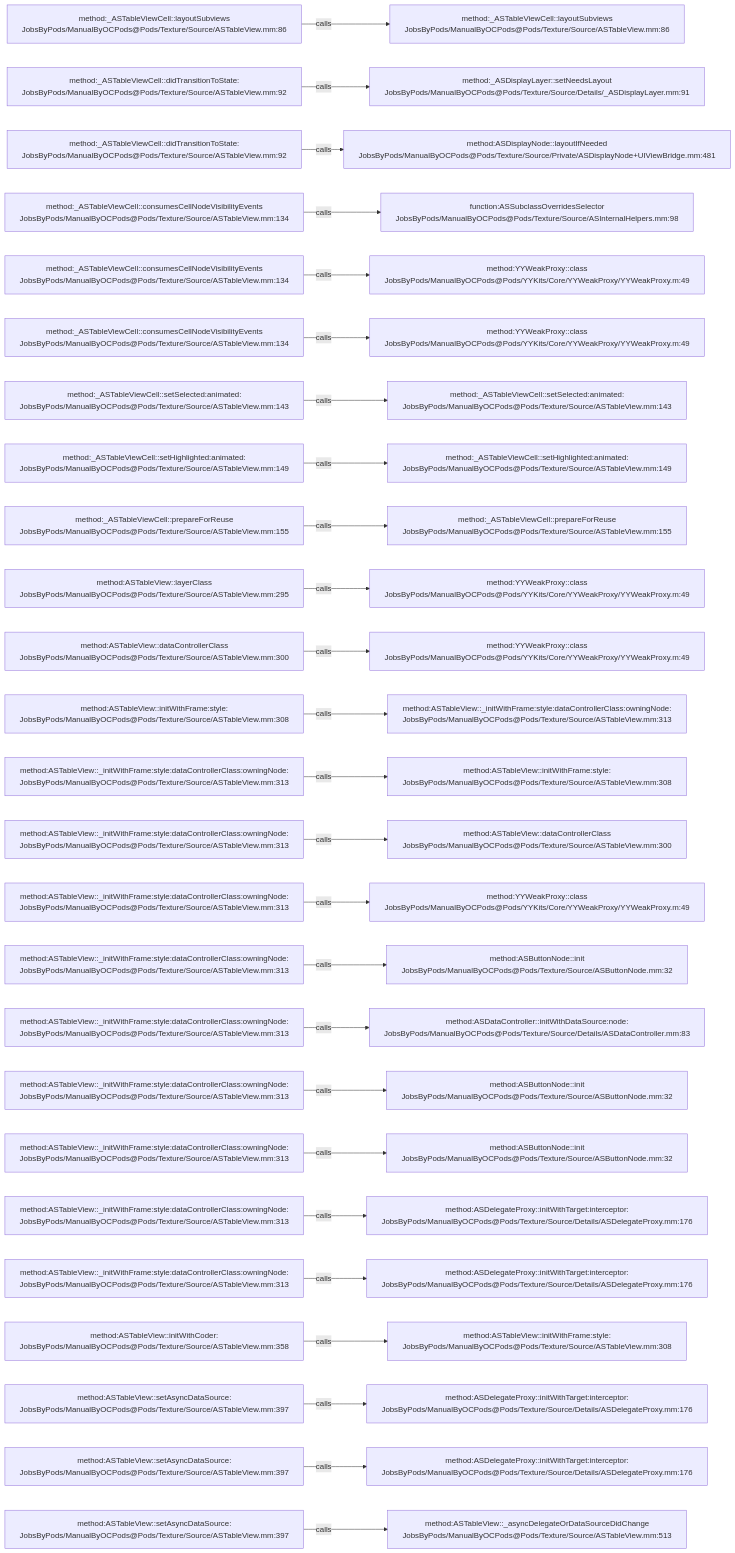
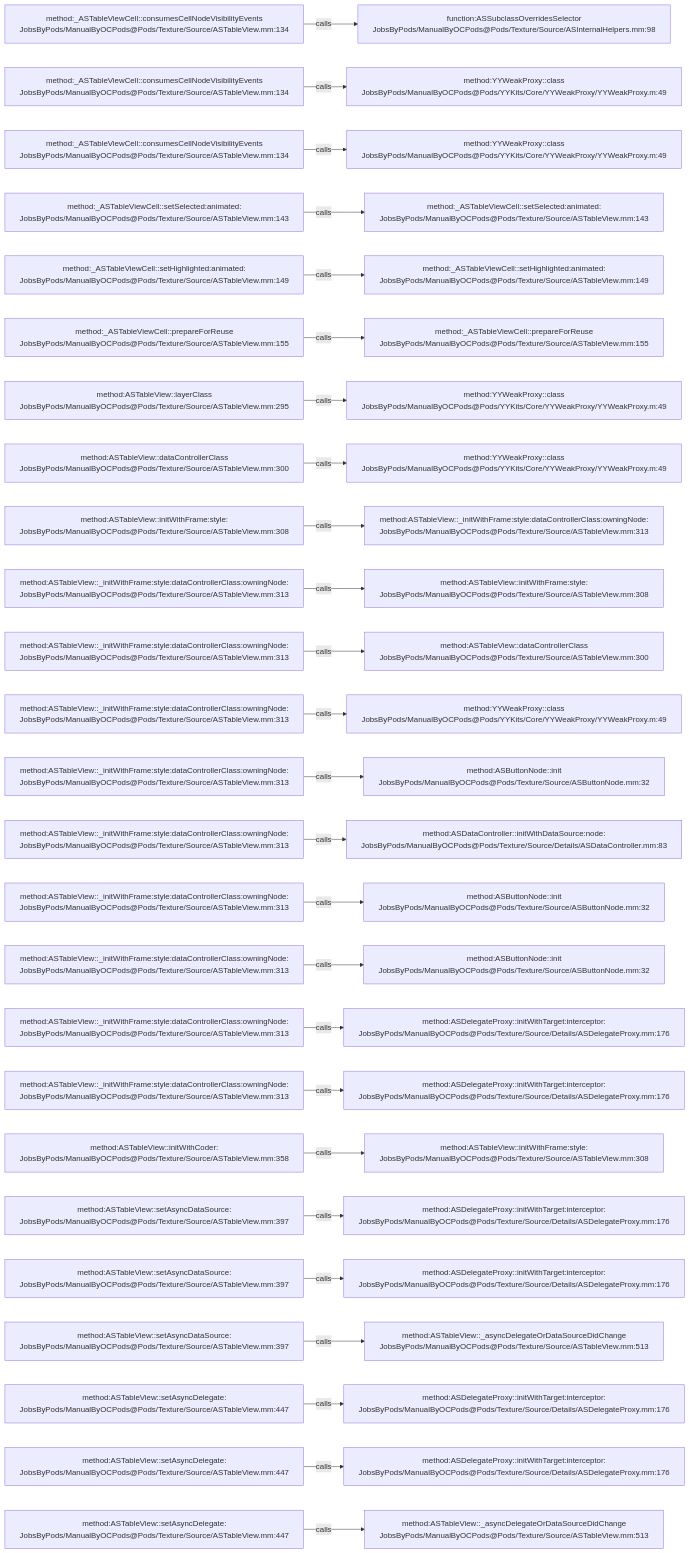
Before and after one commit to JobsKits/JobsOCBaseConfigDemo: the diagram in .codegraph/codegraph.md/graphs/calls-128.md, drawn with Mermaid. The commit also changed 342 other files, not shown here.

````diff
--- a/.codegraph/codegraph.md/graphs/calls-128.md
+++ b/.codegraph/codegraph.md/graphs/calls-128.md
@@ -13,78 +13,78 @@
 ```mermaid
 flowchart LR
-  S1["method:_ASTableViewCell::layoutSubviews<br/>JobsByPods/ManualByOCPods@Pods/Texture/Source/ASTableView.mm:86"]
-  T1["method:_ASTableViewCell::layoutSubviews<br/>JobsByPods/ManualByOCPods@Pods/Texture/Source/ASTableView.mm:86"]
+  S1["method:_ASTableViewCell::consumesCellNodeVisibilityEvents<br/>JobsByPods/ManualByOCPods@Pods/Texture/Source/ASTableView.mm:134"]
+  T1["function:ASSubclassOverridesSelector<br/>JobsByPods/ManualByOCPods@Pods/Texture/Source/ASInternalHelpers.mm:98"]
   S1 -->|calls| T1
-  S2["method:_ASTableViewCell::didTransitionToState:<br/>JobsByPods/ManualByOCPods@Pods/Texture/Source/ASTableView.mm:92"]
-  T2["method:_ASDisplayLayer::setNeedsLayout<br/>JobsByPods/ManualByOCPods@Pods/Texture/Source/Details/_ASDisplayLayer.mm:91"]
+  S2["method:_ASTableViewCell::consumesCellNodeVisibilityEvents<br/>JobsByPods/ManualByOCPods@Pods/Texture/Source/ASTableView.mm:134"]
+  T2["method:YYWeakProxy::class<br/>JobsByPods/ManualByOCPods@Pods/YYKits/Core/YYWeakProxy/YYWeakProxy.m:49"]
   S2 -->|calls| T2
-  S3["method:_ASTableViewCell::didTransitionToState:<br/>JobsByPods/ManualByOCPods@Pods/Texture/Source/ASTableView.mm:92"]
-  T3["method:ASDisplayNode::layoutIfNeeded<br/>JobsByPods/ManualByOCPods@Pods/Texture/Source/Private/ASDisplayNode+UIViewBridge.mm:481"]
+  S3["method:_ASTableViewCell::consumesCellNodeVisibilityEvents<br/>JobsByPods/ManualByOCPods@Pods/Texture/Source/ASTableView.mm:134"]
+  T3["method:YYWeakProxy::class<br/>JobsByPods/ManualByOCPods@Pods/YYKits/Core/YYWeakProxy/YYWeakProxy.m:49"]
   S3 -->|calls| T3
-  S4["method:_ASTableViewCell::consumesCellNodeVisibilityEvents<br/>JobsByPods/ManualByOCPods@Pods/Texture/Source/ASTableView.mm:134"]
-  T4["function:ASSubclassOverridesSelector<br/>JobsByPods/ManualByOCPods@Pods/Texture/Source/ASInternalHelpers.mm:98"]
+  S4["method:_ASTableViewCell::setSelected:animated:<br/>JobsByPods/ManualByOCPods@Pods/Texture/Source/ASTableView.mm:143"]
+  T4["method:_ASTableViewCell::setSelected:animated:<br/>JobsByPods/ManualByOCPods@Pods/Texture/Source/ASTableView.mm:143"]
   S4 -->|calls| T4
-  S5["method:_ASTableViewCell::consumesCellNodeVisibilityEvents<br/>JobsByPods/ManualByOCPods@Pods/Texture/Source/ASTableView.mm:134"]
-  T5["method:YYWeakProxy::class<br/>JobsByPods/ManualByOCPods@Pods/YYKits/Core/YYWeakProxy/YYWeakProxy.m:49"]
+  S5["method:_ASTableViewCell::setHighlighted:animated:<br/>JobsByPods/ManualByOCPods@Pods/Texture/Source/ASTableView.mm:149"]
+  T5["method:_ASTableViewCell::setHighlighted:animated:<br/>JobsByPods/ManualByOCPods@Pods/Texture/Source/ASTableView.mm:149"]
   S5 -->|calls| T5
-  S6["method:_ASTableViewCell::consumesCellNodeVisibilityEvents<br/>JobsByPods/ManualByOCPods@Pods/Texture/Source/ASTableView.mm:134"]
-  T6["method:YYWeakProxy::class<br/>JobsByPods/ManualByOCPods@Pods/YYKits/Core/YYWeakProxy/YYWeakProxy.m:49"]
+  S6["method:_ASTableViewCell::prepareForReuse<br/>JobsByPods/ManualByOCPods@Pods/Texture/Source/ASTableView.mm:155"]
+  T6["method:_ASTableViewCell::prepareForReuse<br/>JobsByPods/ManualByOCPods@Pods/Texture/Source/ASTableView.mm:155"]
   S6 -->|calls| T6
-  S7["method:_ASTableViewCell::setSelected:animated:<br/>JobsByPods/ManualByOCPods@Pods/Texture/Source/ASTableView.mm:143"]
-  T7["method:_ASTableViewCell::setSelected:animated:<br/>JobsByPods/ManualByOCPods@Pods/Texture/Source/ASTableView.mm:143"]
+  S7["method:ASTableView::layerClass<br/>JobsByPods/ManualByOCPods@Pods/Texture/Source/ASTableView.mm:295"]
+  T7["method:YYWeakProxy::class<br/>JobsByPods/ManualByOCPods@Pods/YYKits/Core/YYWeakProxy/YYWeakProxy.m:49"]
   S7 -->|calls| T7
-  S8["method:_ASTableViewCell::setHighlighted:animated:<br/>JobsByPods/ManualByOCPods@Pods/Texture/Source/ASTableView.mm:149"]
-  T8["method:_ASTableViewCell::setHighlighted:animated:<br/>JobsByPods/ManualByOCPods@Pods/Texture/Source/ASTableView.mm:149"]
+  S8["method:ASTableView::dataControllerClass<br/>JobsByPods/ManualByOCPods@Pods/Texture/Source/ASTableView.mm:300"]
+  T8["method:YYWeakProxy::class<br/>JobsByPods/ManualByOCPods@Pods/YYKits/Core/YYWeakProxy/YYWeakProxy.m:49"]
   S8 -->|calls| T8
-  S9["method:_ASTableViewCell::prepareForReuse<br/>JobsByPods/ManualByOCPods@Pods/Texture/Source/ASTableView.mm:155"]
-  T9["method:_ASTableViewCell::prepareForReuse<br/>JobsByPods/ManualByOCPods@Pods/Texture/Source/ASTableView.mm:155"]
+  S9["method:ASTableView::initWithFrame:style:<br/>JobsByPods/ManualByOCPods@Pods/Texture/Source/ASTableView.mm:308"]
+  T9["method:ASTableView::_initWithFrame:style:dataControllerClass:owningNode:<br/>JobsByPods/ManualByOCPods@Pods/Texture/Source/ASTableView.mm:313"]
   S9 -->|calls| T9
-  S10["method:ASTableView::layerClass<br/>JobsByPods/ManualByOCPods@Pods/Texture/Source/ASTableView.mm:295"]
-  T10["method:YYWeakProxy::class<br/>JobsByPods/ManualByOCPods@Pods/YYKits/Core/YYWeakProxy/YYWeakProxy.m:49"]
+  S10["method:ASTableView::_initWithFrame:style:dataControllerClass:owningNode:<br/>JobsByPods/ManualByOCPods@Pods/Texture/Source/ASTableView.mm:313"]
+  T10["method:ASTableView::initWithFrame:style:<br/>JobsByPods/ManualByOCPods@Pods/Texture/Source/ASTableView.mm:308"]
   S10 -->|calls| T10
-  S11["method:ASTableView::dataControllerClass<br/>JobsByPods/ManualByOCPods@Pods/Texture/Source/ASTableView.mm:300"]
-  T11["method:YYWeakProxy::class<br/>JobsByPods/ManualByOCPods@Pods/YYKits/Core/YYWeakProxy/YYWeakProxy.m:49"]
+  S11["method:ASTableView::_initWithFrame:style:dataControllerClass:owningNode:<br/>JobsByPods/ManualByOCPods@Pods/Texture/Source/ASTableView.mm:313"]
+  T11["method:ASTableView::dataControllerClass<br/>JobsByPods/ManualByOCPods@Pods/Texture/Source/ASTableView.mm:300"]
   S11 -->|calls| T11
-  S12["method:ASTableView::initWithFrame:style:<br/>JobsByPods/ManualByOCPods@Pods/Texture/Source/ASTableView.mm:308"]
-  T12["method:ASTableView::_initWithFrame:style:dataControllerClass:owningNode:<br/>JobsByPods/ManualByOCPods@Pods/Texture/Source/ASTableView.mm:313"]
+  S12["method:ASTableView::_initWithFrame:style:dataControllerClass:owningNode:<br/>JobsByPods/ManualByOCPods@Pods/Texture/Source/ASTableView.mm:313"]
+  T12["method:YYWeakProxy::class<br/>JobsByPods/ManualByOCPods@Pods/YYKits/Core/YYWeakProxy/YYWeakProxy.m:49"]
   S12 -->|calls| T12
   S13["method:ASTableView::_initWithFrame:style:dataControllerClass:owningNode:<br/>JobsByPods/ManualByOCPods@Pods/Texture/Source/ASTableView.mm:313"]
-  T13["method:ASTableView::initWithFrame:style:<br/>JobsByPods/ManualByOCPods@Pods/Texture/Source/ASTableView.mm:308"]
+  T13["method:ASButtonNode::init<br/>JobsByPods/ManualByOCPods@Pods/Texture/Source/ASButtonNode.mm:32"]
   S13 -->|calls| T13
   S14["method:ASTableView::_initWithFrame:style:dataControllerClass:owningNode:<br/>JobsByPods/ManualByOCPods@Pods/Texture/Source/ASTableView.mm:313"]
-  T14["method:ASTableView::dataControllerClass<br/>JobsByPods/ManualByOCPods@Pods/Texture/Source/ASTableView.mm:300"]
+  T14["method:ASDataController::initWithDataSource:node:<br/>JobsByPods/ManualByOCPods@Pods/Texture/Source/Details/ASDataController.mm:83"]
   S14 -->|calls| T14
   S15["method:ASTableView::_initWithFrame:style:dataControllerClass:owningNode:<br/>JobsByPods/ManualByOCPods@Pods/Texture/Source/ASTableView.mm:313"]
-  T15["method:YYWeakProxy::class<br/>JobsByPods/ManualByOCPods@Pods/YYKits/Core/YYWeakProxy/YYWeakProxy.m:49"]
+  T15["method:ASButtonNode::init<br/>JobsByPods/ManualByOCPods@Pods/Texture/Source/ASButtonNode.mm:32"]
   S15 -->|calls| T15
   S16["method:ASTableView::_initWithFrame:style:dataControllerClass:owningNode:<br/>JobsByPods/ManualByOCPods@Pods/Texture/Source/ASTableView.mm:313"]
   T16["method:ASButtonNode::init<br/>JobsByPods/ManualByOCPods@Pods/Texture/Source/ASButtonNode.mm:32"]
   S16 -->|calls| T16
   S17["method:ASTableView::_initWithFrame:style:dataControllerClass:owningNode:<br/>JobsByPods/ManualByOCPods@Pods/Texture/Source/ASTableView.mm:313"]
-  T17["method:ASDataController::initWithDataSource:node:<br/>JobsByPods/ManualByOCPods@Pods/Texture/Source/Details/ASDataController.mm:83"]
+  T17["method:ASDelegateProxy::initWithTarget:interceptor:<br/>JobsByPods/ManualByOCPods@Pods/Texture/Source/Details/ASDelegateProxy.mm:176"]
   S17 -->|calls| T17
   S18["method:ASTableView::_initWithFrame:style:dataControllerClass:owningNode:<br/>JobsByPods/ManualByOCPods@Pods/Texture/Source/ASTableView.mm:313"]
-  T18["method:ASButtonNode::init<br/>JobsByPods/ManualByOCPods@Pods/Texture/Source/ASButtonNode.mm:32"]
+  T18["method:ASDelegateProxy::initWithTarget:interceptor:<br/>JobsByPods/ManualByOCPods@Pods/Texture/Source/Details/ASDelegateProxy.mm:176"]
   S18 -->|calls| T18
-  S19["method:ASTableView::_initWithFrame:style:dataControllerClass:owningNode:<br/>JobsByPods/ManualByOCPods@Pods/Texture/Source/ASTableView.mm:313"]
-  T19["method:ASButtonNode::init<br/>JobsByPods/ManualByOCPods@Pods/Texture/Source/ASButtonNode.mm:32"]
+  S19["method:ASTableView::initWithCoder:<br/>JobsByPods/ManualByOCPods@Pods/Texture/Source/ASTableView.mm:358"]
+  T19["method:ASTableView::initWithFrame:style:<br/>JobsByPods/ManualByOCPods@Pods/Texture/Source/ASTableView.mm:308"]
   S19 -->|calls| T19
-  S20["method:ASTableView::_initWithFrame:style:dataControllerClass:owningNode:<br/>JobsByPods/ManualByOCPods@Pods/Texture/Source/ASTableView.mm:313"]
+  S20["method:ASTableView::setAsyncDataSource:<br/>JobsByPods/ManualByOCPods@Pods/Texture/Source/ASTableView.mm:397"]
   T20["method:ASDelegateProxy::initWithTarget:interceptor:<br/>JobsByPods/ManualByOCPods@Pods/Texture/Source/Details/ASDelegateProxy.mm:176"]
   S20 -->|calls| T20
-  S21["method:ASTableView::_initWithFrame:style:dataControllerClass:owningNode:<br/>JobsByPods/ManualByOCPods@Pods/Texture/Source/ASTableView.mm:313"]
+  S21["method:ASTableView::setAsyncDataSource:<br/>JobsByPods/ManualByOCPods@Pods/Texture/Source/ASTableView.mm:397"]
   T21["method:ASDelegateProxy::initWithTarget:interceptor:<br/>JobsByPods/ManualByOCPods@Pods/Texture/Source/Details/ASDelegateProxy.mm:176"]
   S21 -->|calls| T21
-  S22["method:ASTableView::initWithCoder:<br/>JobsByPods/ManualByOCPods@Pods/Texture/Source/ASTableView.mm:358"]
-  T22["method:ASTableView::initWithFrame:style:<br/>JobsByPods/ManualByOCPods@Pods/Texture/Source/ASTableView.mm:308"]
+  S22["method:ASTableView::setAsyncDataSource:<br/>JobsByPods/ManualByOCPods@Pods/Texture/Source/ASTableView.mm:397"]
+  T22["method:ASTableView::_asyncDelegateOrDataSourceDidChange<br/>JobsByPods/ManualByOCPods@Pods/Texture/Source/ASTableView.mm:513"]
   S22 -->|calls| T22
-  S23["method:ASTableView::setAsyncDataSource:<br/>JobsByPods/ManualByOCPods@Pods/Texture/Source/ASTableView.mm:397"]
+  S23["method:ASTableView::setAsyncDelegate:<br/>JobsByPods/ManualByOCPods@Pods/Texture/Source/ASTableView.mm:447"]
   T23["method:ASDelegateProxy::initWithTarget:interceptor:<br/>JobsByPods/ManualByOCPods@Pods/Texture/Source/Details/ASDelegateProxy.mm:176"]
   S23 -->|calls| T23
-  S24["method:ASTableView::setAsyncDataSource:<br/>JobsByPods/ManualByOCPods@Pods/Texture/Source/ASTableView.mm:397"]
+  S24["method:ASTableView::setAsyncDelegate:<br/>JobsByPods/ManualByOCPods@Pods/Texture/Source/ASTableView.mm:447"]
   T24["method:ASDelegateProxy::initWithTarget:interceptor:<br/>JobsByPods/ManualByOCPods@Pods/Texture/Source/Details/ASDelegateProxy.mm:176"]
   S24 -->|calls| T24
-  S25["method:ASTableView::setAsyncDataSource:<br/>JobsByPods/ManualByOCPods@Pods/Texture/Source/ASTableView.mm:397"]
+  S25["method:ASTableView::setAsyncDelegate:<br/>JobsByPods/ManualByOCPods@Pods/Texture/Source/ASTableView.mm:447"]
   T25["method:ASTableView::_asyncDelegateOrDataSourceDidChange<br/>JobsByPods/ManualByOCPods@Pods/Texture/Source/ASTableView.mm:513"]
   S25 -->|calls| T25
 ```
````
